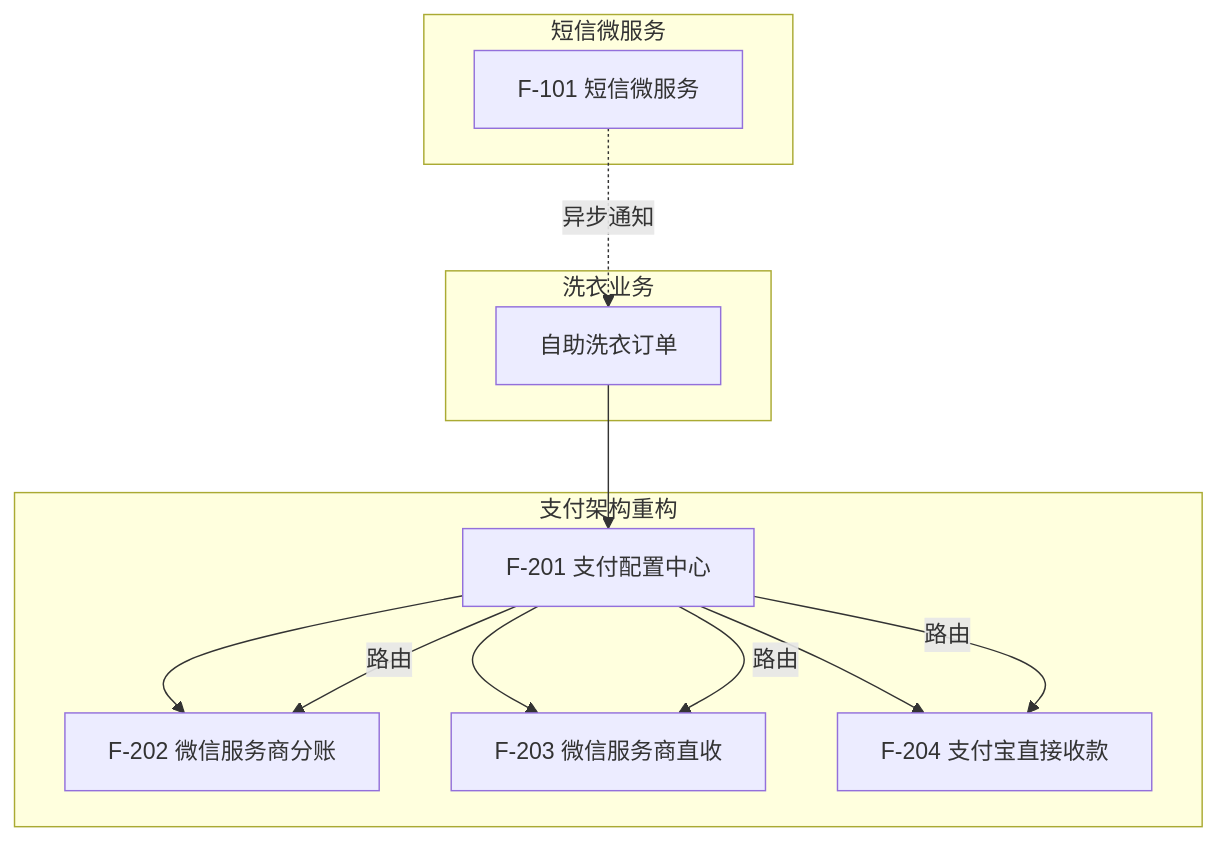
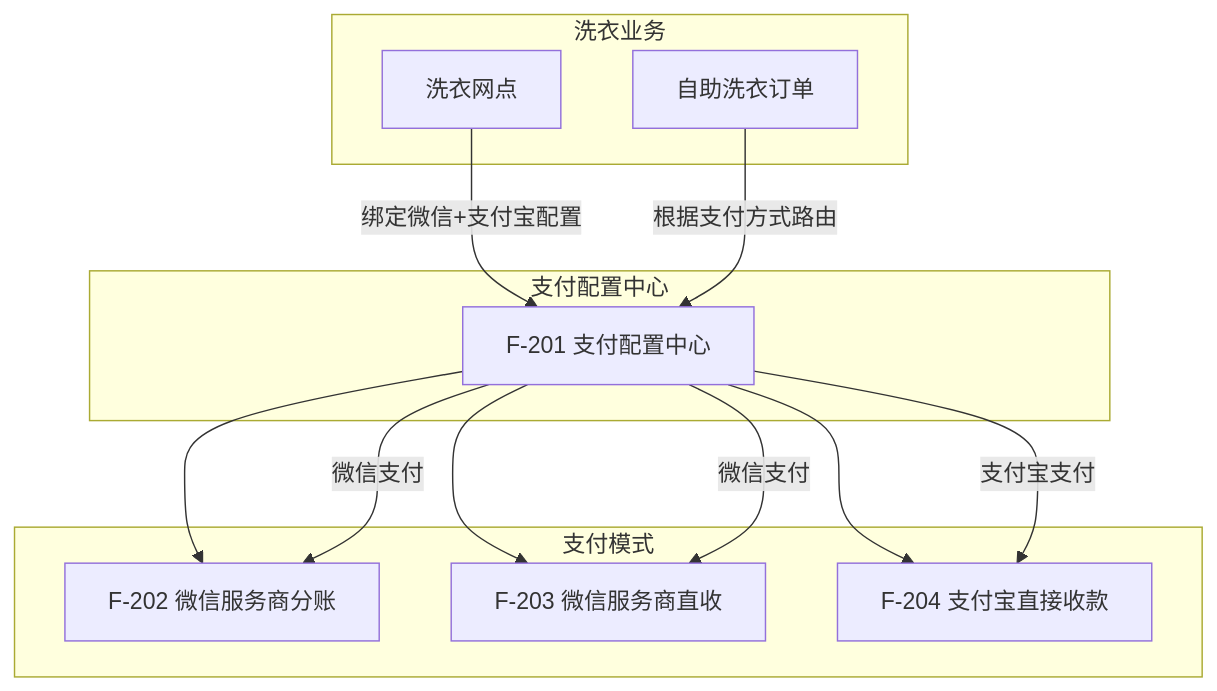
The second of 2 diagrams in docs/versions/v1.1.0/05-features/index.md (MarkTina/VitepressPRD), drawn with Mermaid before and after one commit. The commit also changed other lines of this file and 10 other files, not shown here.

````diff
--- a/docs/versions/v1.1.0/05-features/index.md
+++ b/docs/versions/v1.1.0/05-features/index.md
@@ -19,27 +38,27 @@
 ```mermaid
 graph TD
-    subgraph 短信微服务
-        F101[F-101 短信微服务]
+    subgraph 支付配置中心
+        F201[F-201 支付配置中心]
     end
 
-    subgraph 支付架构重构
-        F201[F-201 支付配置中心]
+    subgraph 支付模式
         F202[F-202 微信服务商分账]
         F203[F-203 微信服务商直收]
         F204[F-204 支付宝直接收款]
+    end
+
+    subgraph 洗衣业务
+        Order[自助洗衣订单]
+        Site[洗衣网点]
     end
 
     F201 --> F202
     F201 --> F203
     F201 --> F204
 
-    subgraph 洗衣业务
-        Laundry[自助洗衣订单]
-    end
-
-    F101 -.->|异步通知| Laundry
-    Laundry --> F201
-    F201 -->|路由| F202
-    F201 -->|路由| F203
-    F201 -->|路由| F204
+    Site -->|绑定微信+支付宝配置| F201
+    Order -->|根据支付方式路由| F201
+    F201 -->|微信支付| F202
+    F201 -->|微信支付| F203
+    F201 -->|支付宝支付| F204
 ```
````
